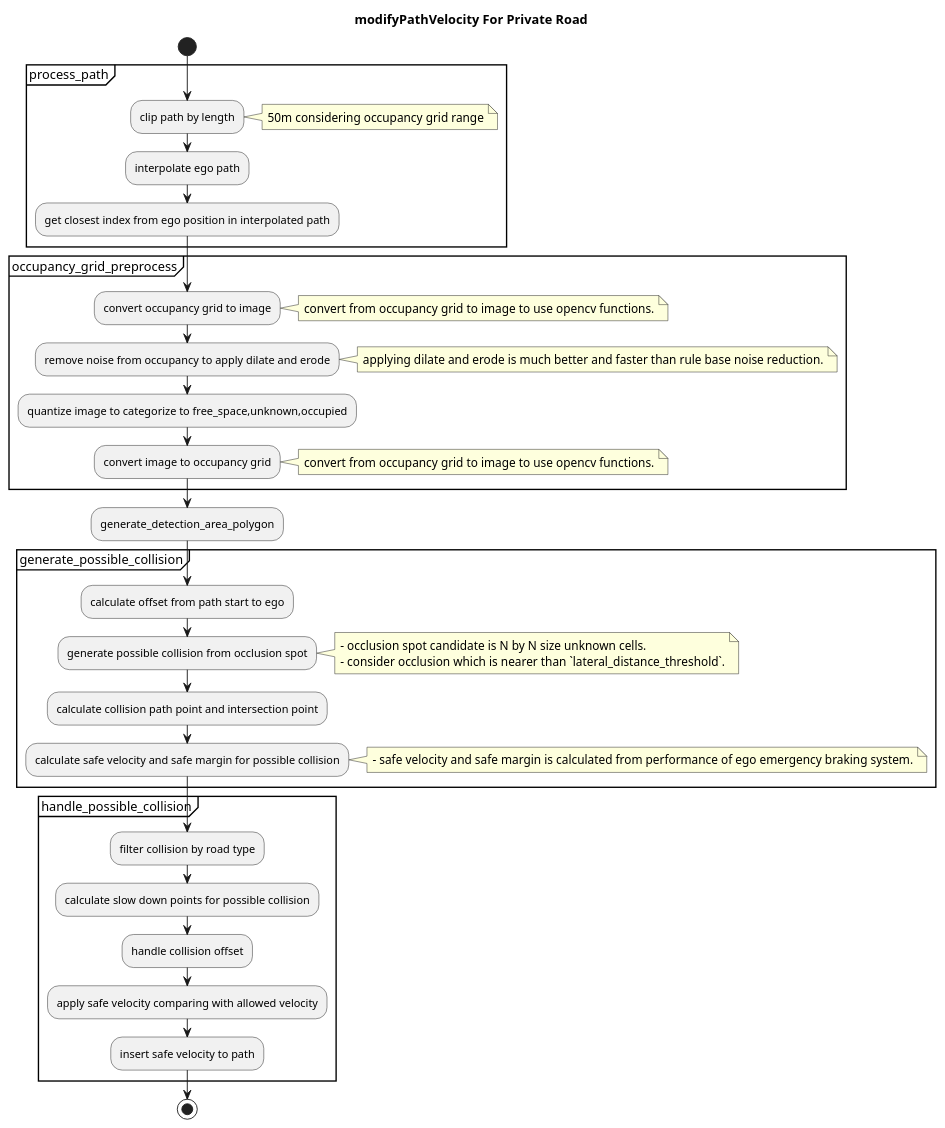
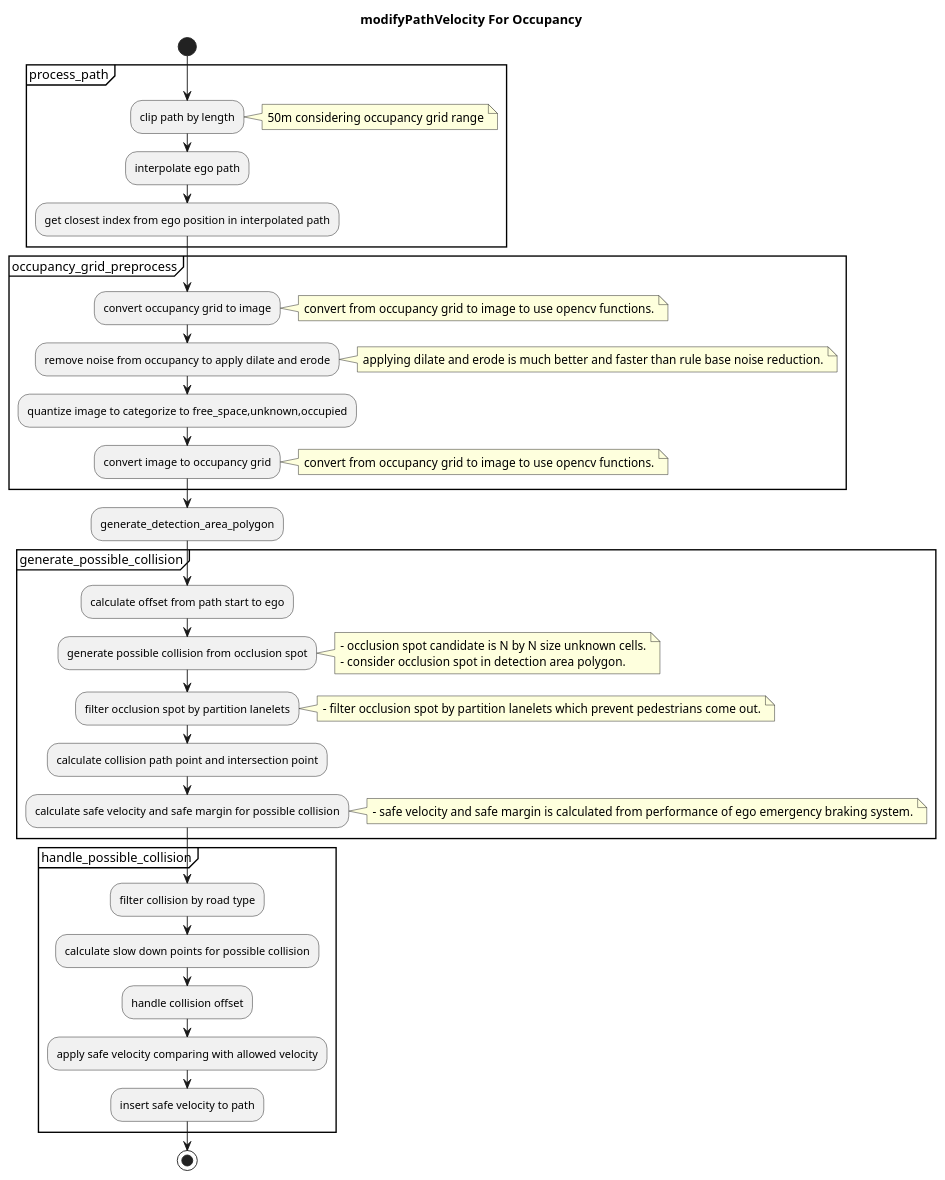
The third of 3 diagrams in planning/behavior_velocity_planner/occlusion-spot-design.md (autowarefoundation/autoware), drawn with PlantUML before and after one commit. The commit also changed other lines of this file and 12 other files, not shown here.

First line of the commit message:
feat(behavior_velocity): occlusion spot add partition lanelet (#482)

````diff
--- a/planning/behavior_velocity_planner/occlusion-spot-design.md
+++ b/planning/behavior_velocity_planner/occlusion-spot-design.md
@@ -254,52 +255,56 @@
 ```plantuml
 @startuml
-title modifyPathVelocity For Private Road
+title modifyPathVelocity For Occupancy
 start
 
 partition process_path {
 :clip path by length;
 note right
   50m considering occupancy grid range
 end note
 :interpolate ego path;
 :get closest index from ego position in interpolated path;
 }
 partition occupancy_grid_preprocess {
 :convert occupancy grid to image;
 note right
   convert from occupancy grid to image to use opencv functions.
 end note
 :remove noise from occupancy to apply dilate and erode;
 note right
   applying dilate and erode is much better and faster than rule base noise reduction.
 end note
 :quantize image to categorize to free_space,unknown,occupied;
 :convert image to occupancy grid;
 note right
   convert from occupancy grid to image to use opencv functions.
 end note
 }
 :generate_detection_area_polygon;
 partition generate_possible_collision {
 :calculate offset from path start to ego;
 :generate possible collision from occlusion spot;
 note right
   - occlusion spot candidate is N by N size unknown cells.
-  - consider occlusion which is nearer than `lateral_distance_threshold`.
+  - consider occlusion spot in detection area polygon.
+end note
+:filter occlusion spot by partition lanelets;
+note right
+  - filter occlusion spot by partition lanelets which prevent pedestrians come out.
 end note
 :calculate collision path point and intersection point;
 :calculate safe velocity and safe margin for possible collision;
 note right
   - safe velocity and safe margin is calculated from performance of ego emergency braking system.
 end note
 }
 partition handle_possible_collision {
 :filter collision by road type;
 :calculate slow down points for possible collision;
 :handle collision offset;
 :apply safe velocity comparing with allowed velocity;
 :insert safe velocity to path;
 }
 stop
 @enduml
 ```
````
